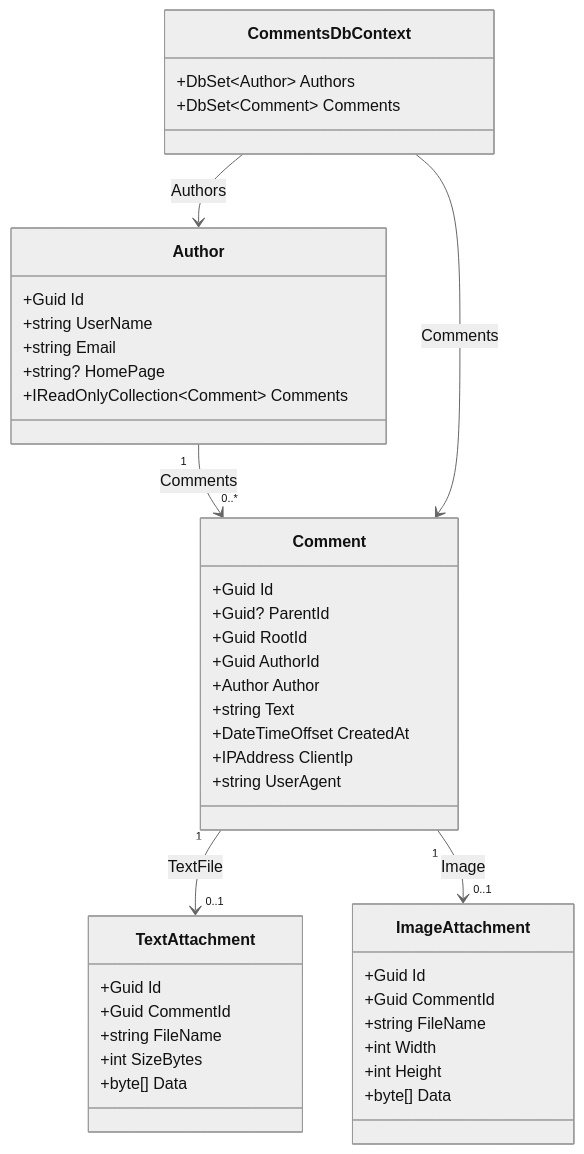
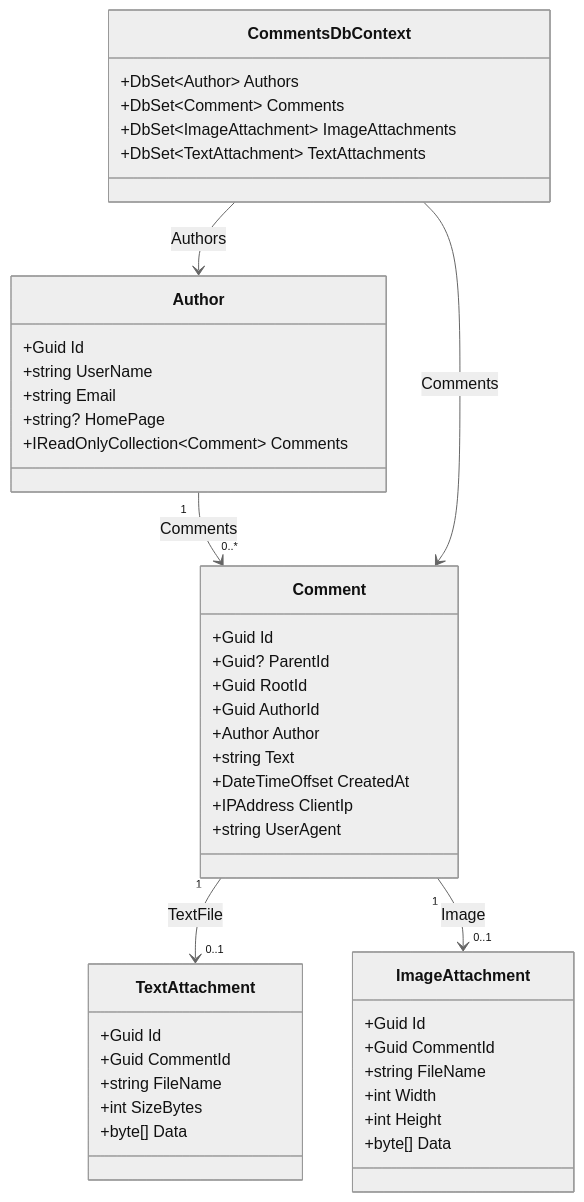
One commit to avysotsky/CommentsService changed the second of 2 diagrams in docs/database/SCHEMA.md. Above: the diagram before and after it, drawn with Mermaid (neutral theme). The commit also changed other lines of this file and 19 other files, not shown here.

````diff
--- a/docs/database/SCHEMA.md
+++ b/docs/database/SCHEMA.md
@@ -188,45 +80,47 @@
 ```mermaid
 classDiagram
     Author "1" --> "0..*" Comment : Comments
     Comment "1" --> "0..1" TextAttachment : TextFile
     Comment "1" --> "0..1" ImageAttachment : Image
     CommentsDbContext --> Author : Authors
     CommentsDbContext --> Comment : Comments
     class Author {
         +Guid Id
         +string UserName
         +string Email
         +string? HomePage
         +IReadOnlyCollection~Comment~ Comments
     }
     class Comment {
         +Guid Id
         +Guid? ParentId
         +Guid RootId
         +Guid AuthorId
         +Author Author
         +string Text
         +DateTimeOffset CreatedAt
         +IPAddress ClientIp
         +string UserAgent
     }
     class TextAttachment {
         +Guid Id
         +Guid CommentId
         +string FileName
         +int SizeBytes
         +byte[] Data
     }
     class ImageAttachment {
         +Guid Id
         +Guid CommentId
         +string FileName
         +int Width
         +int Height
         +byte[] Data
     }
     class CommentsDbContext {
         +DbSet~Author~ Authors
         +DbSet~Comment~ Comments
+        +DbSet~ImageAttachment~ ImageAttachments
+        +DbSet~TextAttachment~ TextAttachments
     }
 ```
````
